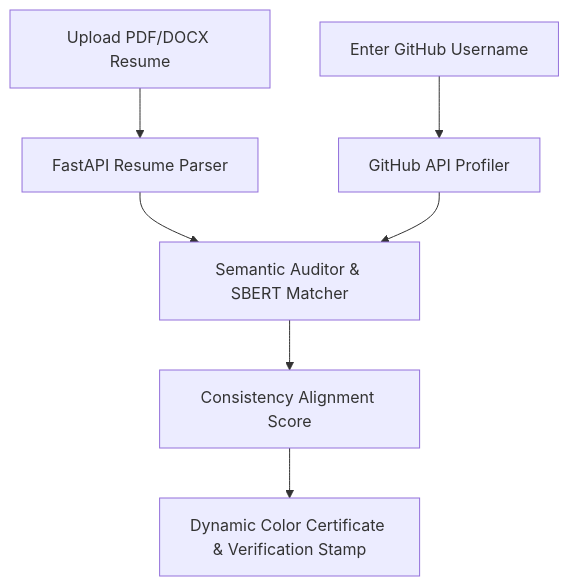
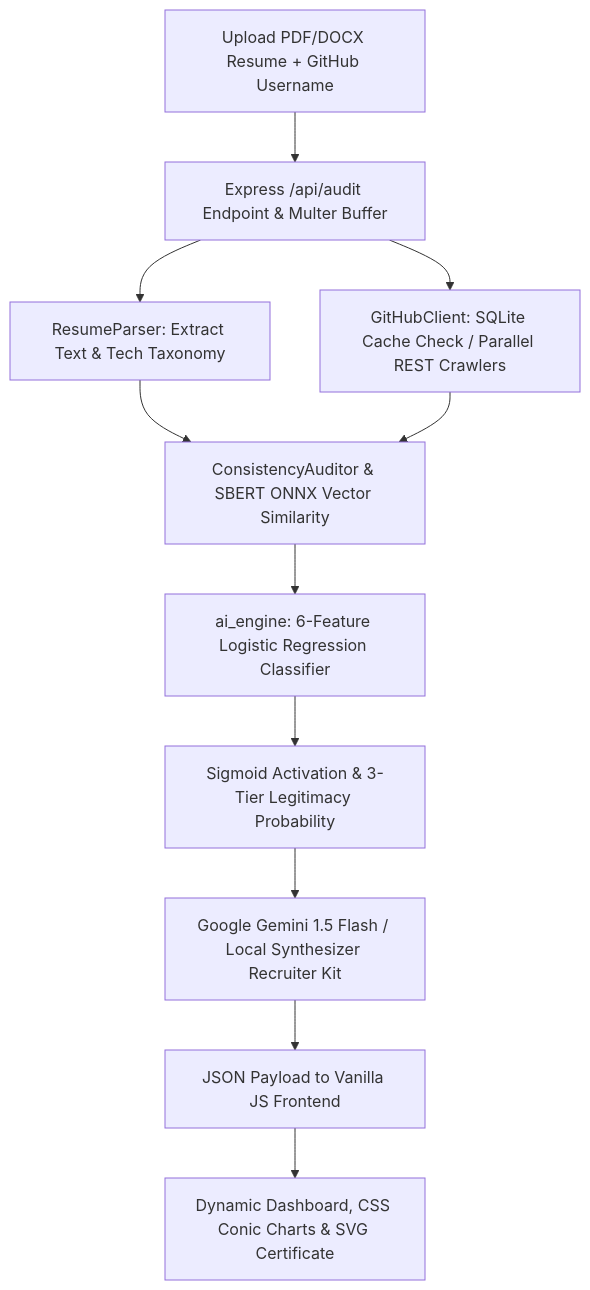
One commit to preetikaanjana/GitVeritas changed the diagram in README.md. Above: the diagram before and after it, drawn with Mermaid. The commit also changed other lines of this file, not shown here.

Commit message:
Update README with Node.js, ML and Gemini stack

````diff
--- a/README.md
+++ b/README.md
@@ -31,9 +38,16 @@
 ```mermaid
 graph TD
-    A[Upload PDF/DOCX Resume] --> B[FastAPI Resume Parser]
-    C[Enter GitHub Username] --> D[GitHub API Profiler]
-    B --> E[Semantic Auditor & SBERT Matcher]
+    A[Upload PDF/DOCX Resume + GitHub Username] --> B[Express /api/audit Endpoint & Multer Buffer]
+    B --> C[ResumeParser: Extract Text & Tech Taxonomy]
+    B --> D[GitHubClient: SQLite Cache Check / Parallel REST Crawlers]
+    
+    C --> E[ConsistencyAuditor & SBERT ONNX Vector Similarity]
     D --> E
-    E --> F[Consistency Alignment Score]
-    F --> G[Dynamic Color Certificate & Verification Stamp]
+    
+    E --> F[ai_engine: 6-Feature Logistic Regression Classifier]
+    F --> G[Sigmoid Activation & 3-Tier Legitimacy Probability]
+    
+    G --> H[Google Gemini 1.5 Flash / Local Synthesizer Recruiter Kit]
+    H --> I[JSON Payload to Vanilla JS Frontend]
+    I --> J[Dynamic Dashboard, CSS Conic Charts & SVG Certificate]
 ```
````
